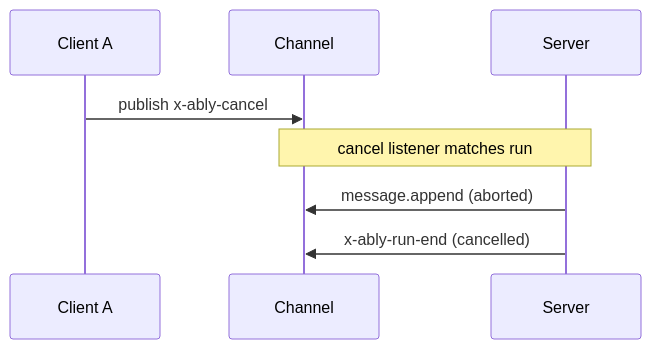
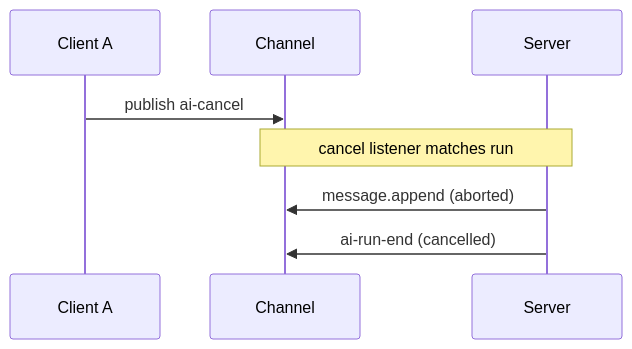
The second of 2 diagrams in docs/internals/wire-protocol.md (ably/ably-ai-transport-js), drawn with Mermaid before and after one commit. The commit also changed other lines of this file and 10 other files, not shown here.

````diff
--- a/docs/internals/wire-protocol.md
+++ b/docs/internals/wire-protocol.md
@@ -150,11 +150,11 @@
 ```mermaid
 sequenceDiagram
     participant A as Client A
     participant Ch as Channel
     participant S as Server
 
-    A->>Ch: publish x-ably-cancel
+    A->>Ch: publish ai-cancel
     Note over Ch,S: cancel listener matches run
     S->>Ch: message.append (aborted)
-    S->>Ch: x-ably-run-end (cancelled)
+    S->>Ch: ai-run-end (cancelled)
 ```
````
